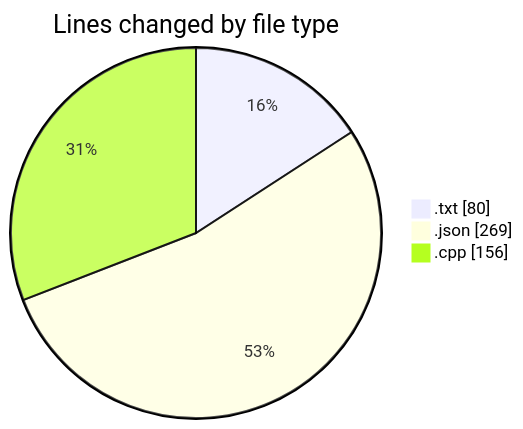
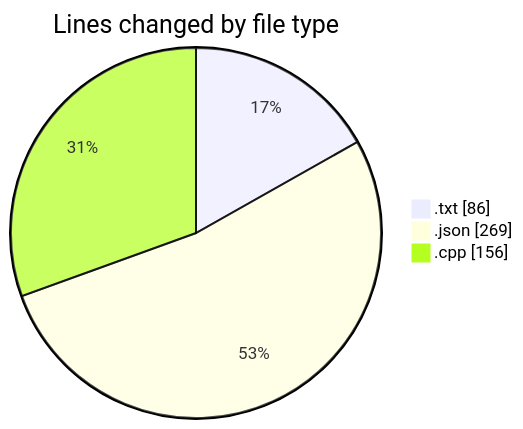
One commit to Netris89/code-tracking changed the first of 2 diagrams in 2025-04-07/echo/README.md. Above: the diagram before and after it, drawn with Mermaid. The commit also changed other lines of this file and 1 other file, not shown here.

````diff
--- a/2025-04-07/echo/README.md
+++ b/2025-04-07/echo/README.md
@@ -23,7 +23,7 @@
 ```mermaid
 pie showData
 title Lines changed by file type
-".txt" : 80
+".txt" : 86
 ".json" : 269
 ".cpp" : 156
 ```
````
